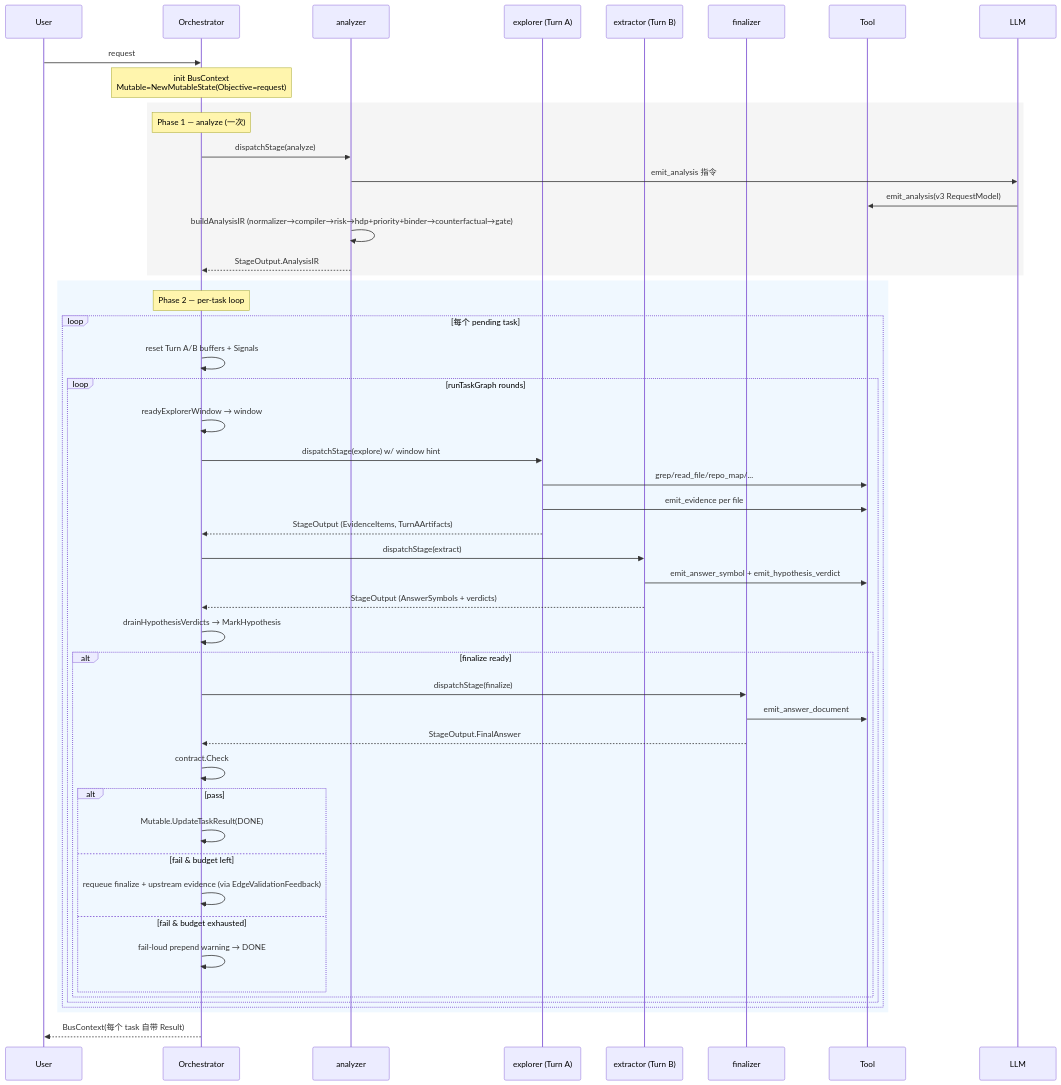
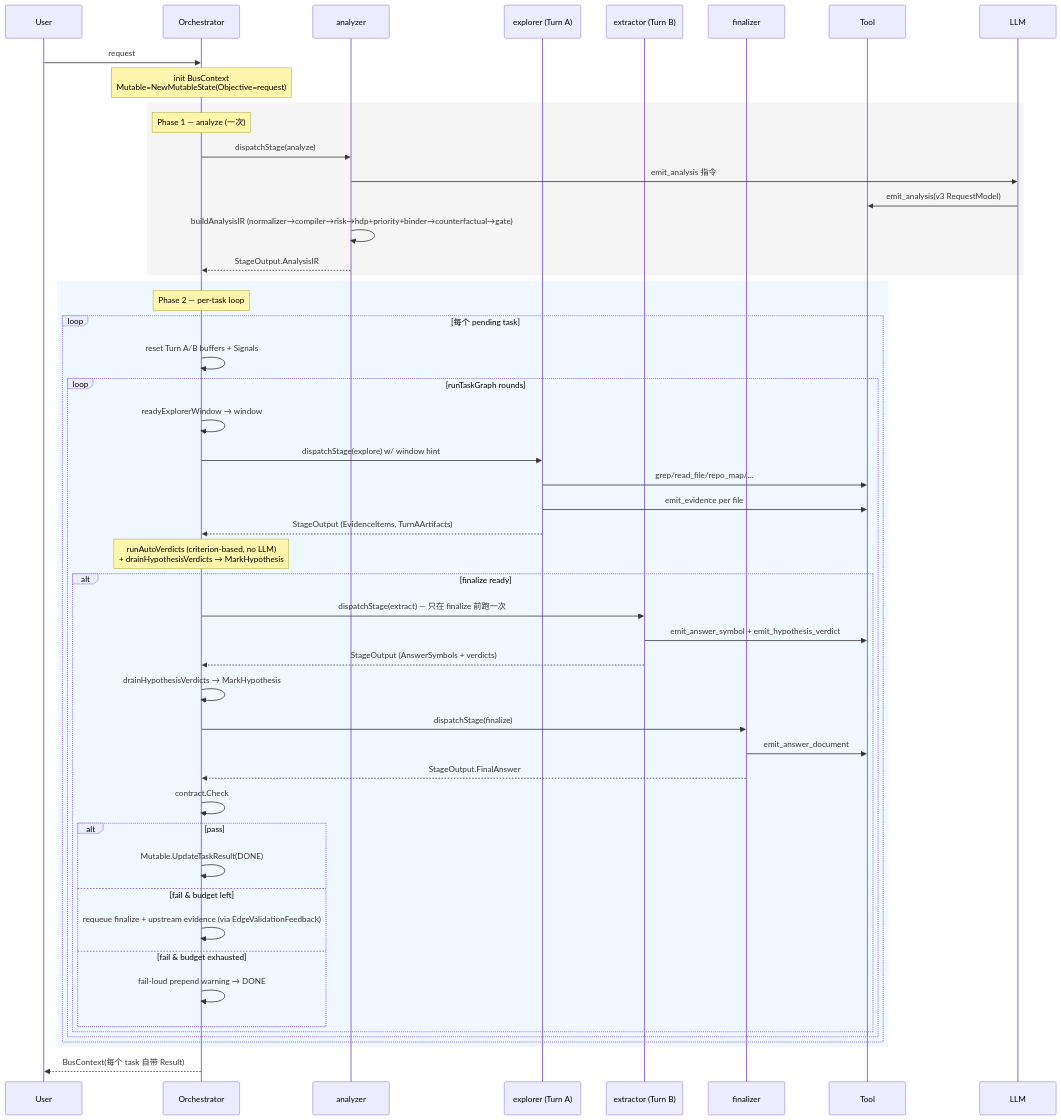
One commit to hanchaoqun/codrax changed the fourth of 4 diagrams in docs/architecture.md. Above: the diagram before and after it, drawn with Mermaid. The commit also changed other lines of this file and 5 other files, not shown here.

First line of the commit message:
refactor: move extract dispatch to once-before-finalize, add auto-verdicts

````diff
--- a/docs/architecture.md
+++ b/docs/architecture.md
@@ -677,56 +688,57 @@
 ```mermaid
 sequenceDiagram
     participant User
     participant Orch as Orchestrator
     participant A as analyzer
     participant E as explorer (Turn A)
     participant X as extractor (Turn B)
     participant F as finalizer
     participant Tool
     participant LLM
 
     User->>Orch: request
     Note over Orch: init BusContext<br/>Mutable=NewMutableState(Objective=request)
 
     rect rgb(245,245,245)
     Note over Orch: Phase 1 — analyze (一次)
     Orch->>A: dispatchStage(analyze)
     A->>LLM: emit_analysis 指令
     LLM->>Tool: emit_analysis(v3 RequestModel)
     A->>A: buildAnalysisIR (normalizer→compiler→risk→hdp+priority+binder→counterfactual→gate)
     A-->>Orch: StageOutput.AnalysisIR
     end
 
     rect rgb(240,248,255)
     Note over Orch: Phase 2 — per-task loop
     loop 每个 pending task
         Orch->>Orch: reset Turn A/B buffers + Signals
         loop runTaskGraph rounds
             Orch->>Orch: readyExplorerWindow → window
             Orch->>E: dispatchStage(explore) w/ window hint
             E->>Tool: grep/read_file/repo_map/...
             E->>Tool: emit_evidence per file
             E-->>Orch: StageOutput (EvidenceItems, TurnAArtifacts)
-            Orch->>X: dispatchStage(extract)
-            X->>Tool: emit_answer_symbol + emit_hypothesis_verdict
-            X-->>Orch: StageOutput (AnswerSymbols + verdicts)
-            Orch->>Orch: drainHypothesisVerdicts → MarkHypothesis
+            Note over Orch: runAutoVerdicts (criterion-based, no LLM)<br/>+ drainHypothesisVerdicts → MarkHypothesis
             alt finalize ready
+                Orch->>X: dispatchStage(extract) — 只在 finalize 前跑一次
+                X->>Tool: emit_answer_symbol + emit_hypothesis_verdict
+                X-->>Orch: StageOutput (AnswerSymbols + verdicts)
+                Orch->>Orch: drainHypothesisVerdicts → MarkHypothesis
                 Orch->>F: dispatchStage(finalize)
                 F->>Tool: emit_answer_document
                 F-->>Orch: StageOutput.FinalAnswer
                 Orch->>Orch: contract.Check
                 alt pass
                     Orch->>Orch: Mutable.UpdateTaskResult(DONE)
                 else fail & budget left
                     Orch->>Orch: requeue finalize + upstream evidence (via EdgeValidationFeedback)
                 else fail & budget exhausted
                     Orch->>Orch: fail-loud prepend warning → DONE
                 end
             end
         end
     end
     end
 
     Orch-->>User: BusContext(每个 task 自带 Result)
 ```
````
